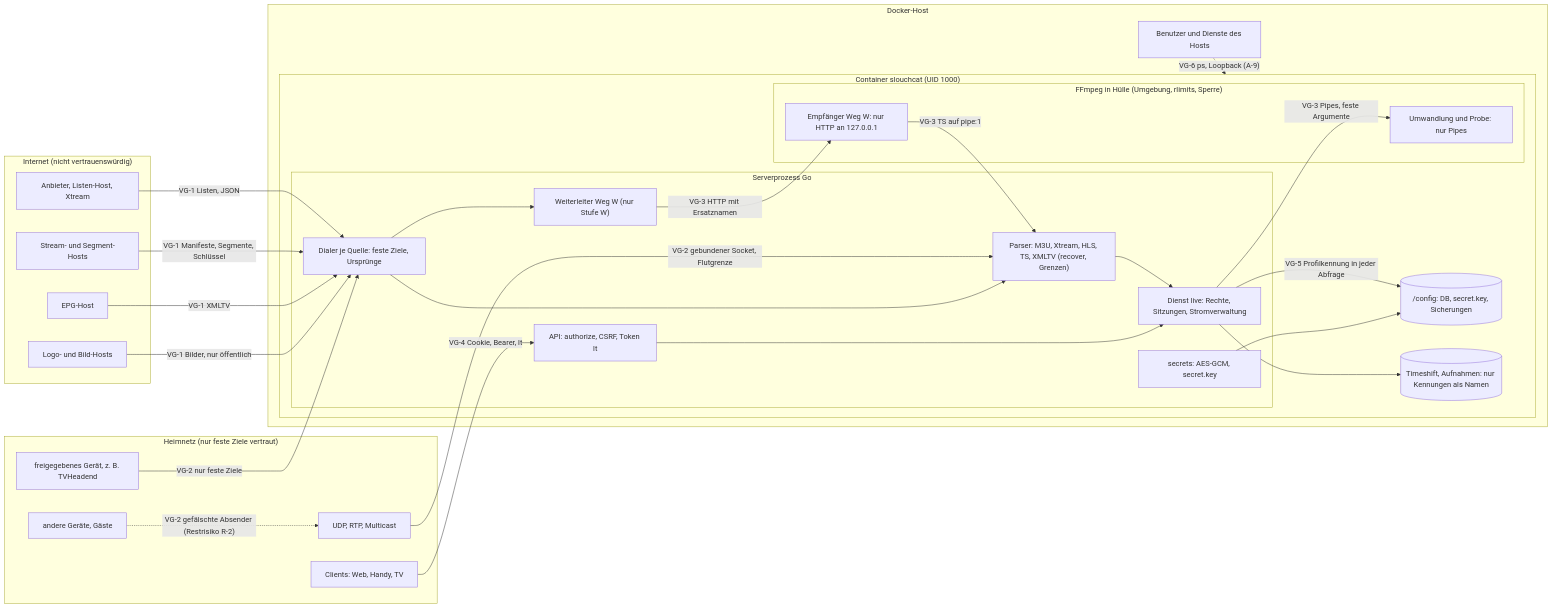
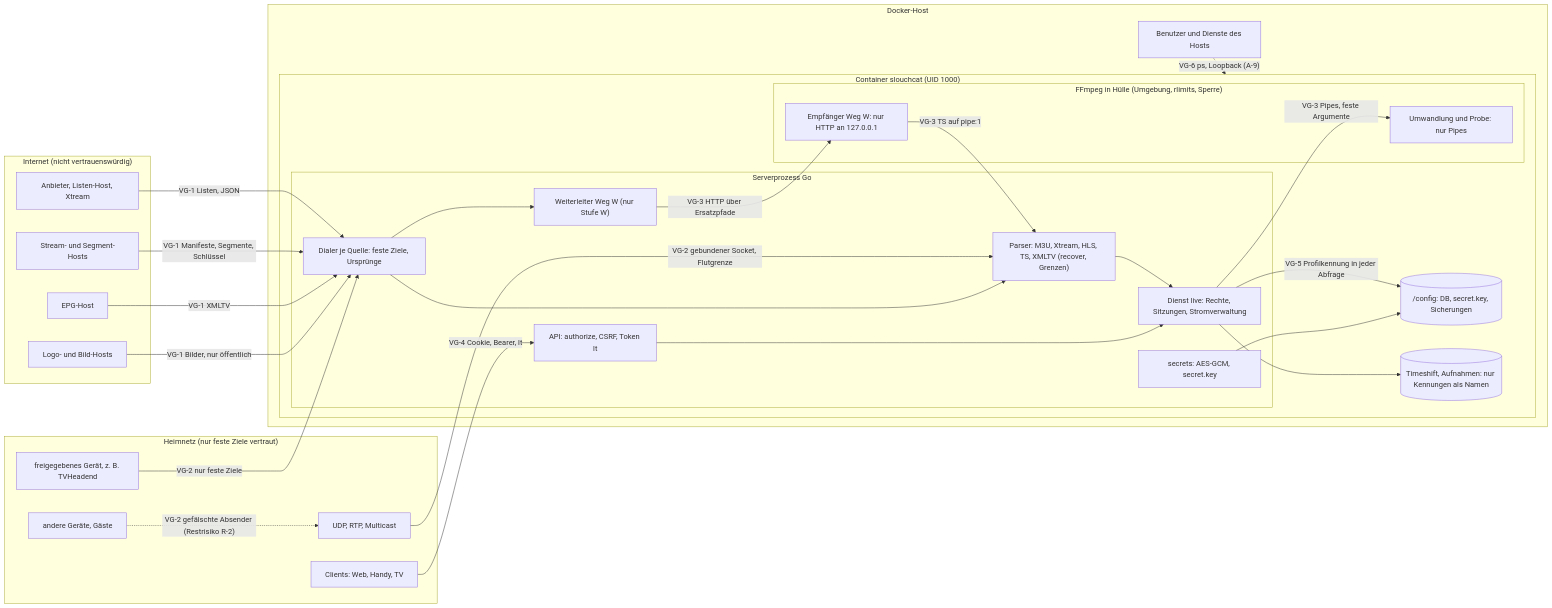
Before and after one commit to SlouchCat/slouchcat: the diagram in docs/planning/28-live-tv/12-sicherheit.md, drawn with Mermaid. The commit also changed other lines of this file, not shown here.

````diff
--- a/docs/planning/28-live-tv/12-sicherheit.md
+++ b/docs/planning/28-live-tv/12-sicherheit.md
@@ -127,56 +133,56 @@
 ```mermaid
 flowchart LR
   subgraph NET["Internet (nicht vertrauenswürdig)"]
     PRV["Anbieter, Listen-Host, Xtream"]
     CDN["Stream- und Segment-Hosts"]
     EPGH["EPG-Host"]
     IMG["Logo- und Bild-Hosts"]
   end
 
   subgraph LAN["Heimnetz (nur feste Ziele vertraut)"]
     DEV["freigegebenes Gerät, z. B. TVHeadend"]
     MC["UDP, RTP, Multicast"]
     CLI["Clients: Web, Handy, TV"]
     GAST["andere Geräte, Gäste"]
   end
 
   subgraph HOST["Docker-Host"]
     HUSR["Benutzer und Dienste des Hosts"]
     subgraph CT["Container slouchcat (UID 1000)"]
       subgraph SRV["Serverprozess Go"]
         API["API: authorize, CSRF, Token lt"]
         LIVE["Dienst live: Rechte, Sitzungen, Stromverwaltung"]
         DIAL["Dialer je Quelle: feste Ziele, Ursprünge"]
         PARS["Parser: M3U, Xtream, HLS, TS, XMLTV (recover, Grenzen)"]
         FWD["Weiterleiter Weg W (nur Stufe W)"]
         SEC["secrets: AES-GCM, secret.key"]
       end
       subgraph SBX["FFmpeg in Hülle (Umgebung, rlimits, Sperre)"]
         FF["Umwandlung und Probe: nur Pipes"]
         FFW["Empfänger Weg W: nur HTTP an 127.0.0.1"]
       end
       CFG[("/config: DB, secret.key, Sicherungen")]
       DISK[("Timeshift, Aufnahmen: nur Kennungen als Namen")]
     end
   end
 
   PRV -- "VG-1 Listen, JSON" --> DIAL
   CDN -- "VG-1 Manifeste, Segmente, Schlüssel" --> DIAL
   EPGH -- "VG-1 XMLTV" --> DIAL
   IMG -- "VG-1 Bilder, nur öffentlich" --> DIAL
   DEV -- "VG-2 nur feste Ziele" --> DIAL
   MC -- "VG-2 gebundener Socket, Flutgrenze" --> PARS
   GAST -. "VG-2 gefälschte Absender (Restrisiko R-2)" .-> MC
   DIAL --> PARS
   PARS --> LIVE
   LIVE -- "VG-3 Pipes, feste Argumente" --> FF
-  FWD -- "VG-3 HTTP mit Ersatznamen" --> FFW
+  FWD -- "VG-3 HTTP über Ersatzpfade" --> FFW
   DIAL --> FWD
   FFW -- "VG-3 TS auf pipe:1" --> PARS
   CLI -- "VG-4 Cookie, Bearer, lt" --> API
   API --> LIVE
   LIVE -- "VG-5 Profilkennung in jeder Abfrage" --> CFG
   LIVE --> DISK
   SEC --> CFG
   HUSR -. "VG-6 ps, Loopback (A-9)" .-> CT
 ```
````
